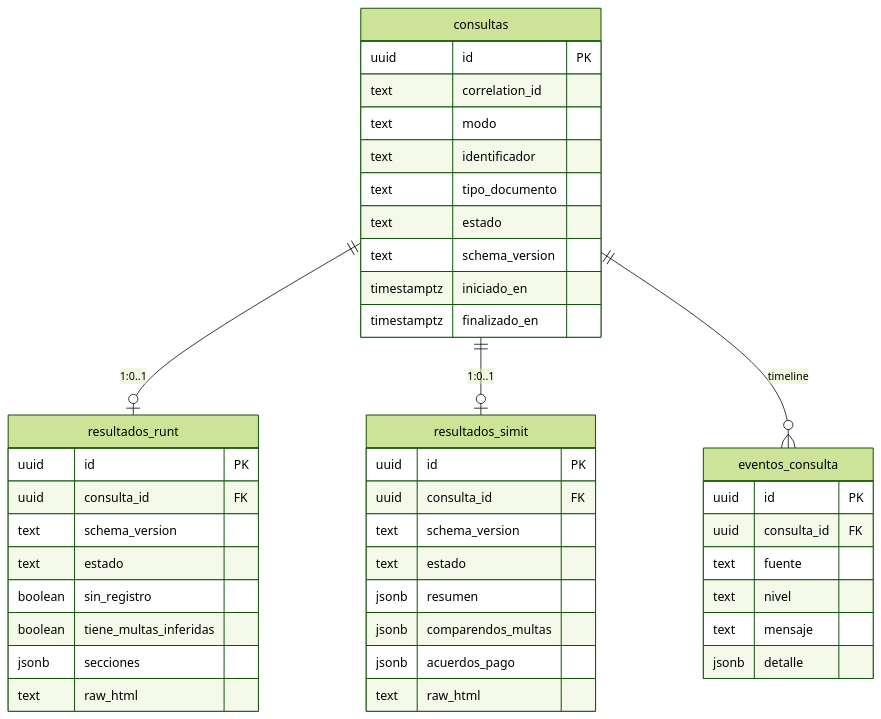
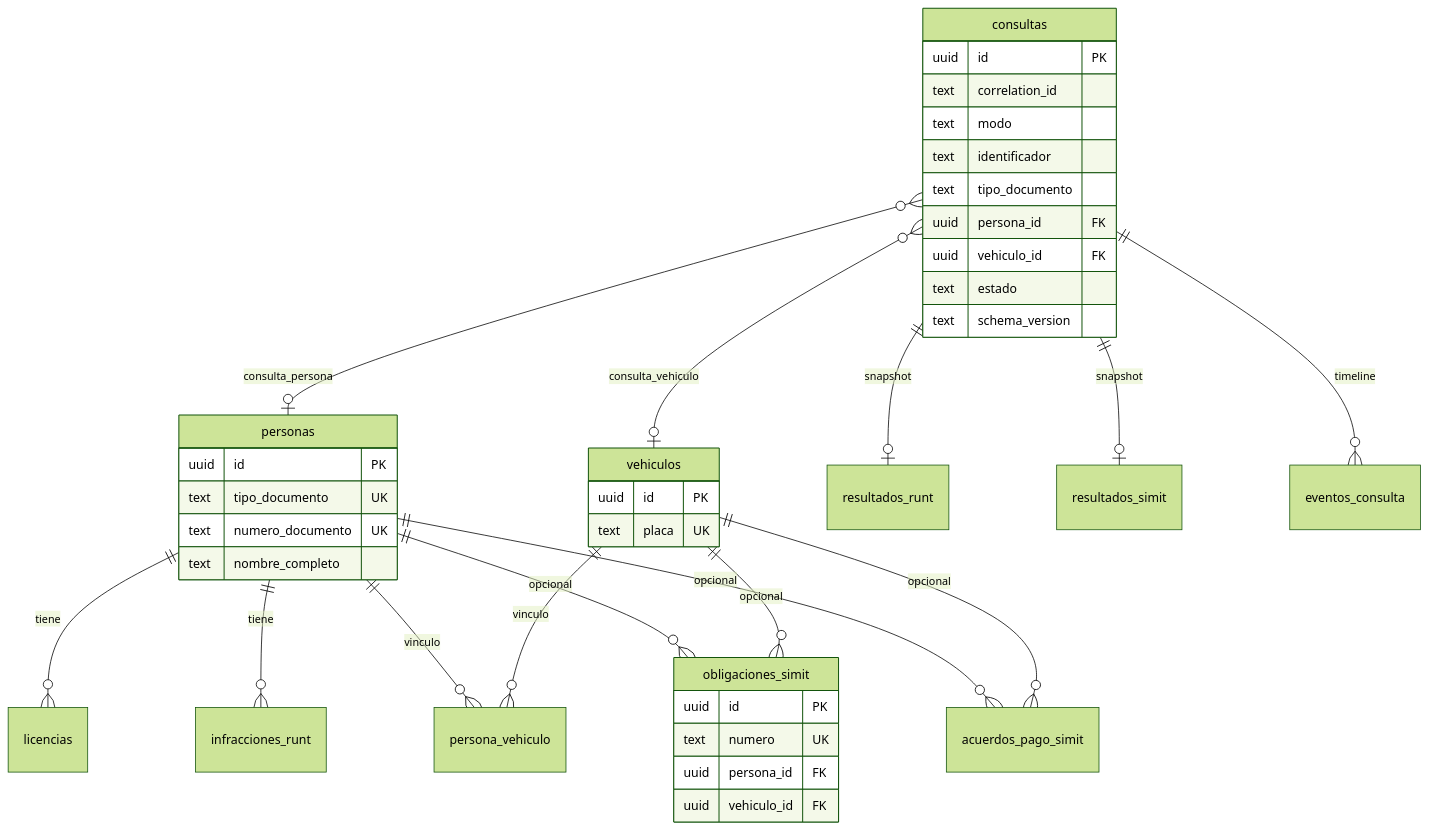
One commit to Nataliavos/turn_dispenser changed the diagram in docs/db-schema.md. Above: the diagram before and after it, drawn with Mermaid (forest theme). The commit also changed other lines of this file and 1 other file, not shown here.

````diff
--- a/docs/db-schema.md
+++ b/docs/db-schema.md
@@ -17,49 +32,48 @@
 ```mermaid
 erDiagram
-  consultas ||--o| resultados_runt : "1:0..1"
-  consultas ||--o| resultados_simit : "1:0..1"
-  consultas ||--o{ eventos_consulta : "timeline"
+  personas ||--o{ licencias : tiene
+  personas ||--o{ infracciones_runt : tiene
+  personas ||--o{ persona_vehiculo : vinculo
+  vehiculos ||--o{ persona_vehiculo : vinculo
+  personas ||--o{ obligaciones_simit : opcional
+  vehiculos ||--o{ obligaciones_simit : opcional
+  personas ||--o{ acuerdos_pago_simit : opcional
+  vehiculos ||--o{ acuerdos_pago_simit : opcional
+
+  consultas ||--o| resultados_runt : snapshot
+  consultas ||--o| resultados_simit : snapshot
+  consultas ||--o{ eventos_consulta : timeline
+  consultas }o--o| personas : consulta_persona
+  consultas }o--o| vehiculos : consulta_vehiculo
 
   consultas {
     uuid id PK
     text correlation_id
     text modo
     text identificador
     text tipo_documento
+    uuid persona_id FK
+    uuid vehiculo_id FK
     text estado
     text schema_version
-    timestamptz iniciado_en
-    timestamptz finalizado_en
   }
 
-  resultados_runt {
+  personas {
     uuid id PK
-    uuid consulta_id FK
-    text schema_version
-    text estado
-    boolean sin_registro
-    boolean tiene_multas_inferidas
-    jsonb secciones
-    text raw_html
+    text tipo_documento UK
+    text numero_documento UK
+    text nombre_completo
   }
 
-  resultados_simit {
+  vehiculos {
     uuid id PK
-    uuid consulta_id FK
-    text schema_version
-    text estado
-    jsonb resumen
-    jsonb comparendos_multas
-    jsonb acuerdos_pago
-    text raw_html
+    text placa UK
   }
 
-  eventos_consulta {
+  obligaciones_simit {
     uuid id PK
-    uuid consulta_id FK
-    text fuente
-    text nivel
-    text mensaje
-    jsonb detalle
+    text numero UK
+    uuid persona_id FK
+    uuid vehiculo_id FK
   }
 ```
````
